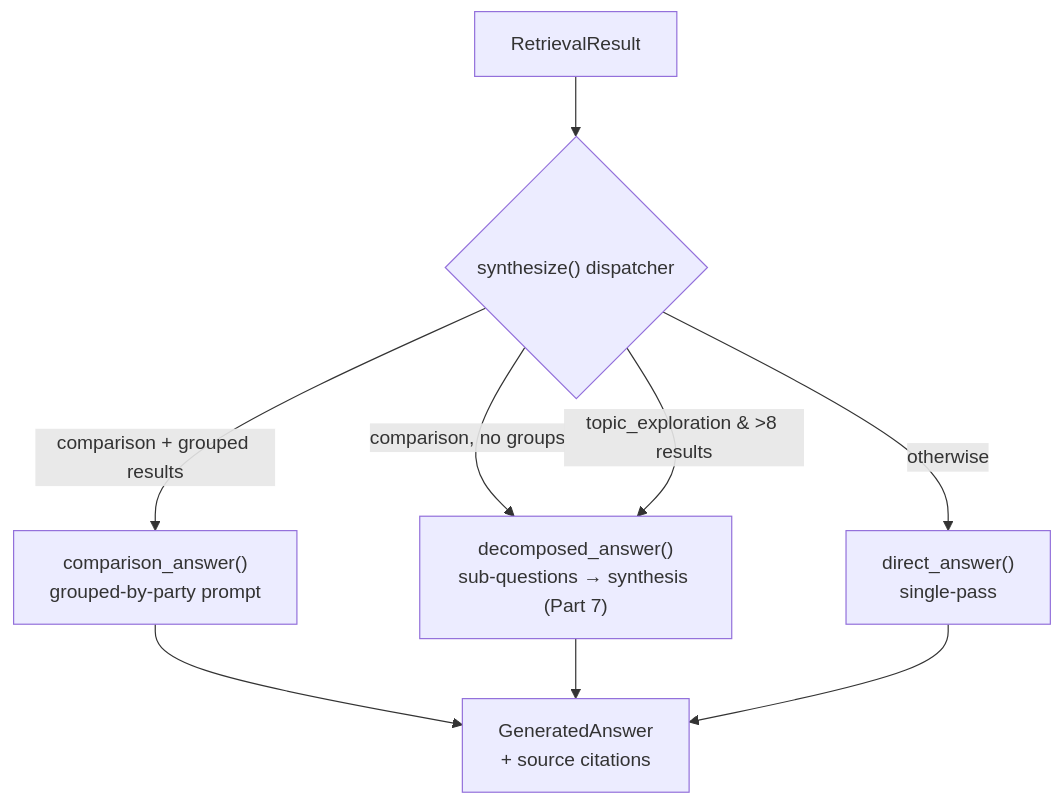
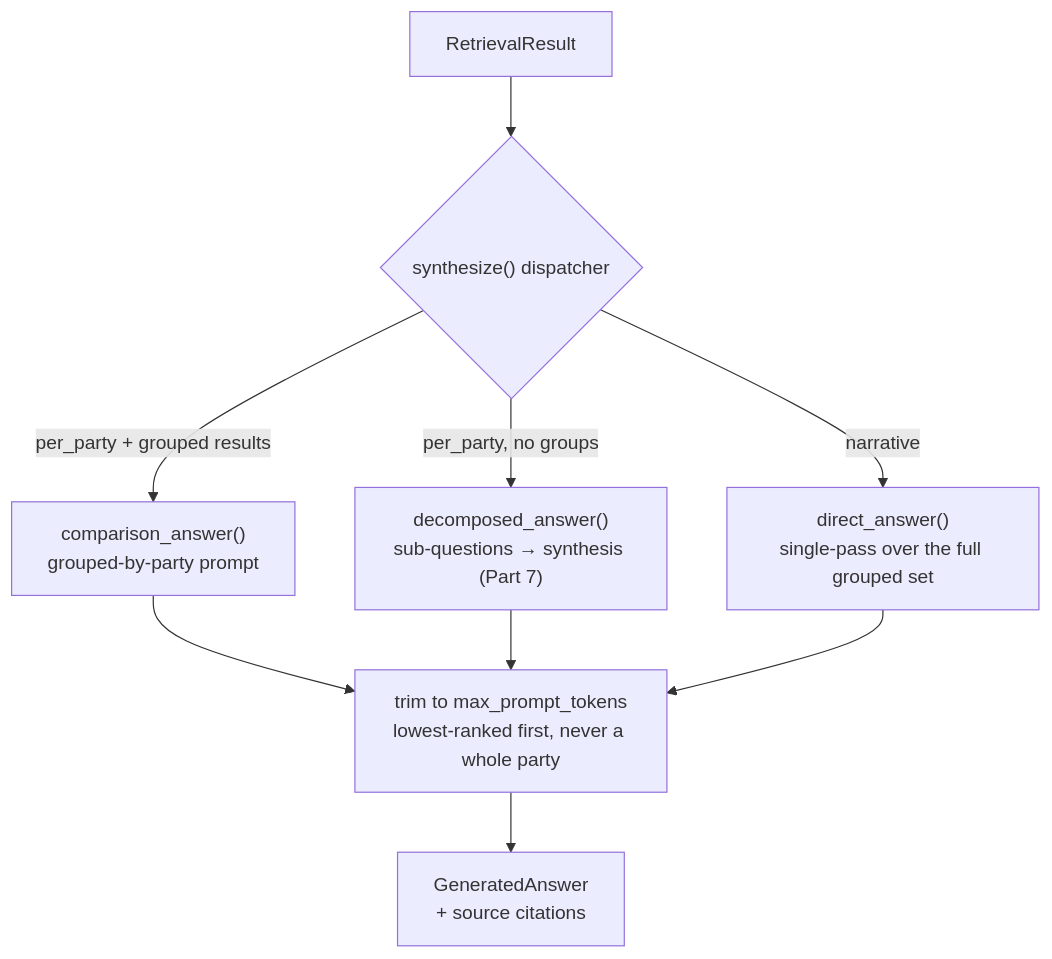
Before and after one commit to afonsoni/thesis: the fourth of 5 diagrams in docs/architecture.md, drawn with Mermaid. The commit also changed other lines of this file and 10 other files, not shown here.

First line of the commit message:
feat(generation,eval): dispatch on answer shape, bound prompts by tokens

````diff
--- a/docs/architecture.md
+++ b/docs/architecture.md
@@ -137,11 +137,11 @@
 ```mermaid
 flowchart TD
     RES["RetrievalResult"] --> D{"synthesize() dispatcher"}
-    D -->|"comparison + grouped results"| CMPA["comparison_answer()<br/>grouped-by-party prompt"]
-    D -->|"comparison, no groups"| DEC["decomposed_answer()<br/>sub-questions → synthesis (Part 7)"]
-    D -->|"topic_exploration & >8 results"| DEC
-    D -->|"otherwise"| DIR["direct_answer()<br/>single-pass"]
-    CMPA --> OUT["GeneratedAnswer<br/>+ source citations"]
-    DEC --> OUT
-    DIR --> OUT
+    D -->|"per_party + grouped results"| CMPA["comparison_answer()<br/>grouped-by-party prompt"]
+    D -->|"per_party, no groups"| DEC["decomposed_answer()<br/>sub-questions → synthesis (Part 7)"]
+    D -->|"narrative"| DIR["direct_answer()<br/>single-pass over the full grouped set"]
+    CMPA --> FIT["trim to max_prompt_tokens<br/>lowest-ranked first, never a whole party"]
+    DEC --> FIT
+    DIR --> FIT
+    FIT --> OUT["GeneratedAnswer<br/>+ source citations"]
 ```
````
